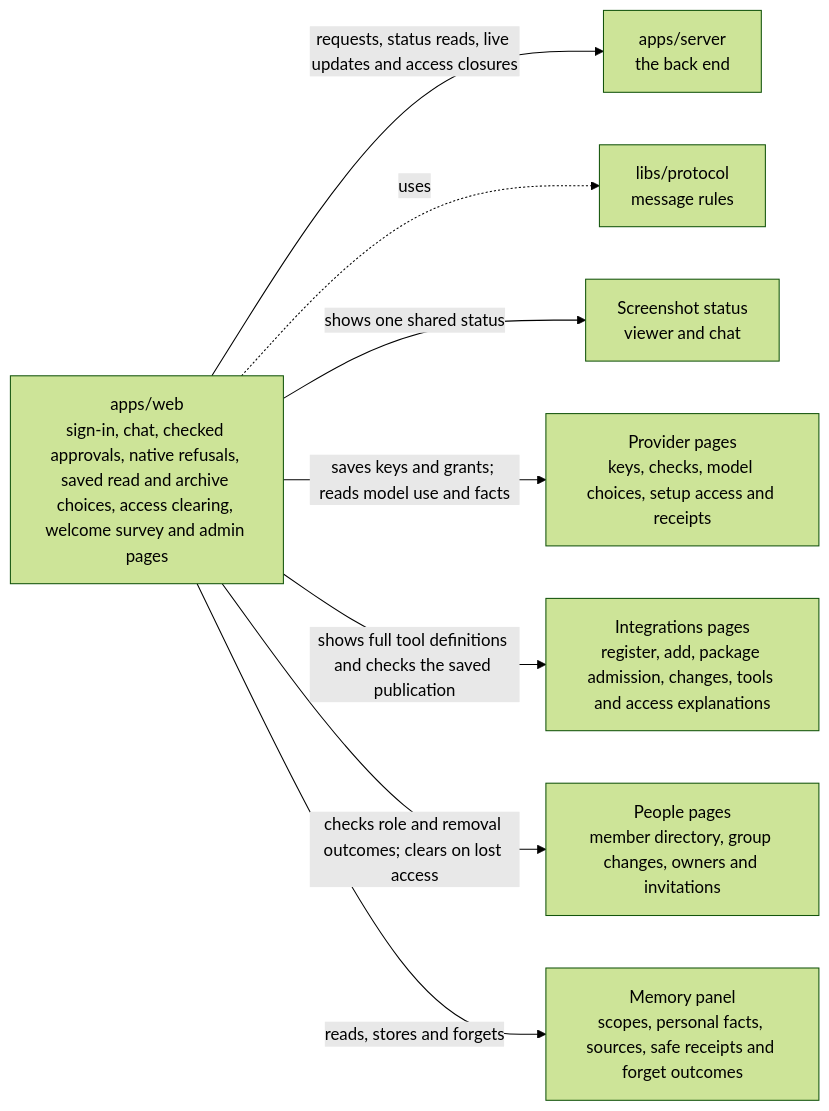
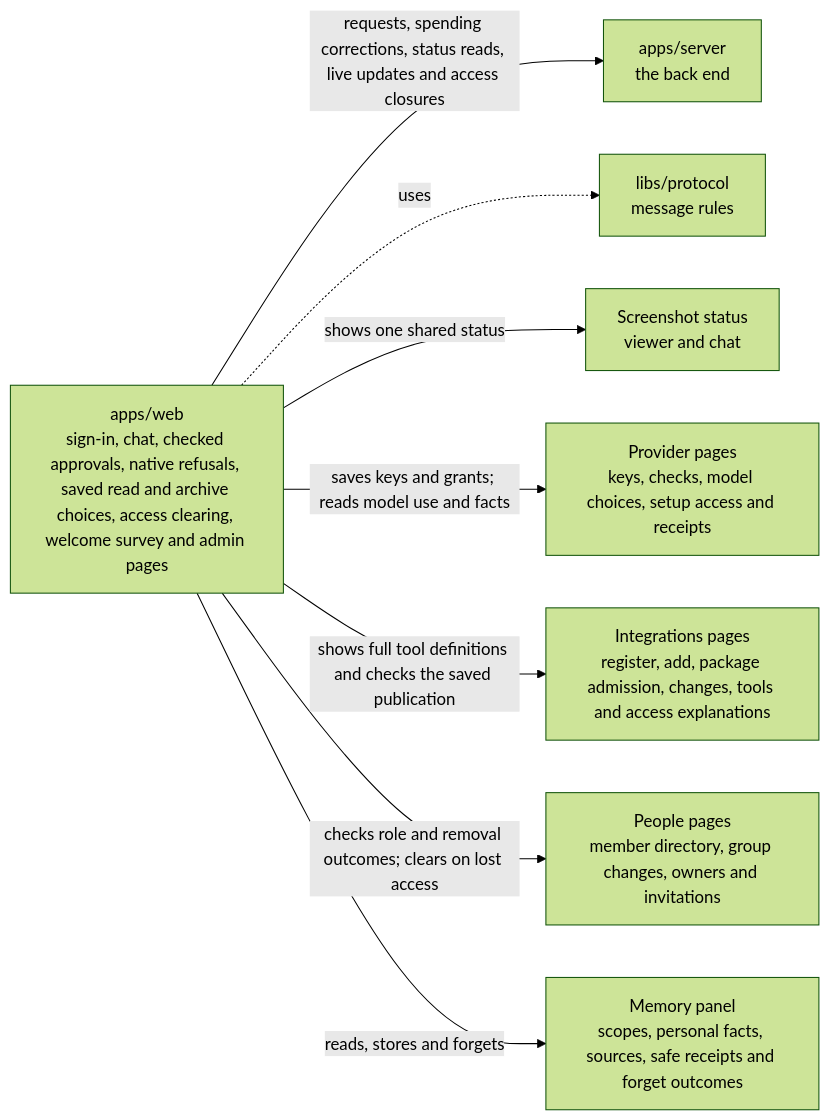
The diagram in apps/web/README.md (elewa-git/opencrane-new), drawn with Mermaid (forest theme) before and after one commit. The commit also changed other lines of this file and 14 other files, not shown here.

Commit message:
🛠️ Keep invalid spending choices correctable without clearing the editor

````diff
--- a/apps/web/README.md
+++ b/apps/web/README.md
@@ -11,10 +11,10 @@
 ```mermaid
 flowchart LR
-  web["apps/web<br/>sign-in, chat, checked approvals, native refusals, saved read and archive choices, access clearing, welcome survey and admin pages"] -->|requests, status reads, live updates and access closures| server["apps/server<br/>the back end"]
+  web["apps/web<br/>sign-in, chat, checked approvals, native refusals, saved read and archive choices, access clearing, welcome survey and admin pages"] -->|requests, spending corrections, status reads, live updates and access closures| server["apps/server<br/>the back end"]
   web -.->|uses| protocol["libs/protocol<br/>message rules"]
   web -->|shows one shared status| capture["Screenshot status<br/>viewer and chat"]
   web -->|saves keys and grants; reads model use and facts| providers["Provider pages<br/>keys, checks, model choices, setup access and receipts"]
   web -->|shows full tool definitions and checks the saved publication| integrations["Integrations pages<br/>register, add, package admission, changes, tools and access explanations"]
   web -->|checks role and removal outcomes; clears on lost access| people["People pages<br/>member directory, group changes, owners and invitations"]
   web -->|reads, stores and forgets| memory["Memory panel<br/>scopes, personal facts, sources, safe receipts and forget outcomes"]
 ```
````
